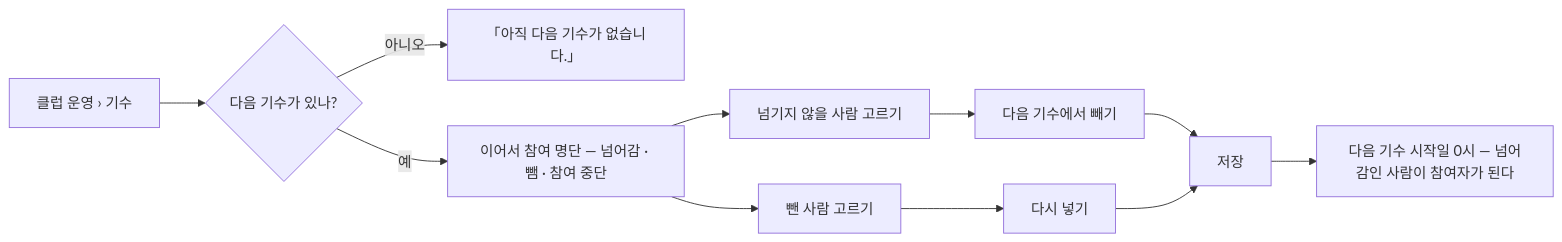
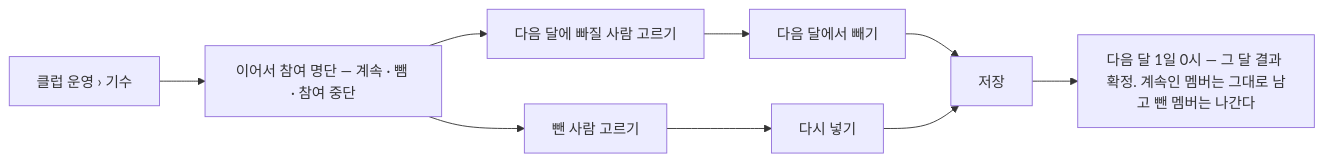
One commit to StudyClub-PlusPlus/studyclub-engineering changed the first of 2 diagrams in 01-planning/stories/captain-carry-over-club-members/PRD.md. Above: the diagram before and after it, drawn with Mermaid. The commit also changed other lines of this file and 8 other files, not shown here.

````diff
--- a/01-planning/stories/captain-carry-over-club-members/PRD.md
+++ b/01-planning/stories/captain-carry-over-club-members/PRD.md
@@ -13,10 +13,8 @@
 ```mermaid
 flowchart LR
-  A["클럽 운영 › 기수"] --> B{"다음 기수가 있나?"}
-  B -->|아니오| C["「아직 다음 기수가 없습니다.」"]
-  B -->|예| D["이어서 참여 명단 — 넘어감 · 뺌 · 참여 중단"]
-  D --> E["넘기지 않을 사람 고르기"] --> F["다음 기수에서 빼기"]
+  A["클럽 운영 › 기수"] --> D["이어서 참여 명단 — 계속 · 뺌 · 참여 중단"]
+  D --> E["다음 달에 빠질 사람 고르기"] --> F["다음 달에서 빼기"]
   F --> G["저장"]
   D --> H["뺀 사람 고르기"] --> I["다시 넣기"] --> G
-  G --> J["다음 기수 시작일 0시 — 넘어감인 사람이 참여자가 된다"]
+  G --> J["다음 달 1일 0시 — 그 달 결과 확정. 계속인 멤버는 그대로 남고 뺀 멤버는 나간다"]
 ```
````
